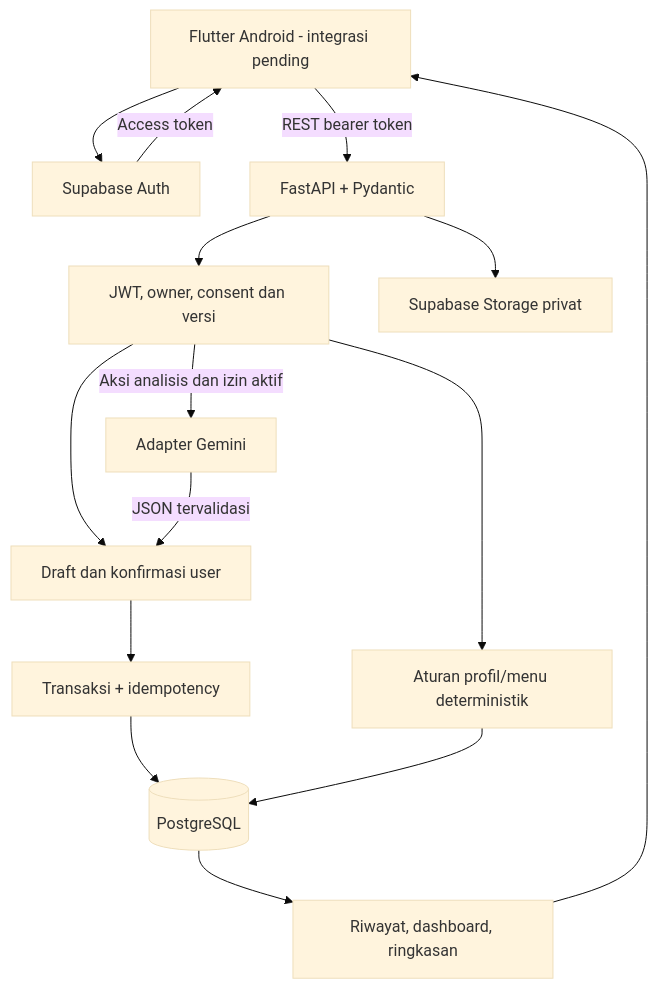
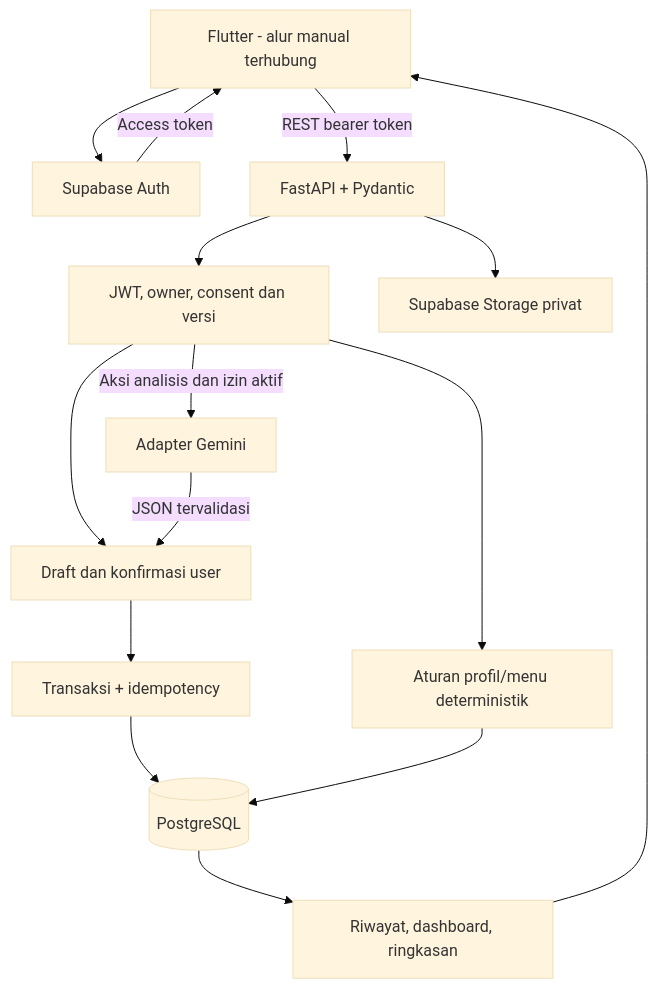
The diagram in README.md (danariqbalabi/AIBS), drawn with Mermaid (base theme) before and after one commit. The commit also changed other lines of this file and 16 other files, not shown here.

````diff
--- a/README.md
+++ b/README.md
@@ -70,17 +70,17 @@
 ```mermaid
 flowchart TD
-    M[Flutter Android - integrasi pending] --> A[Supabase Auth]
+    M[Flutter - alur manual terhubung] --> A[Supabase Auth]
     A -->|Access token| M
     M -->|REST bearer token| B[FastAPI + Pydantic]
     B --> V[JWT, owner, consent dan versi]
     V --> R[Aturan profil/menu deterministik]
     V --> D[Draft dan konfirmasi user]
     V -->|Aksi analisis dan izin aktif| G[Adapter Gemini]
     G -->|JSON tervalidasi| D
     D --> T[Transaksi + idempotency]
     T --> P[(PostgreSQL)]
     R --> P
     B --> S[Supabase Storage privat]
     P --> H[Riwayat, dashboard, ringkasan]
     H --> M
 ```
````
